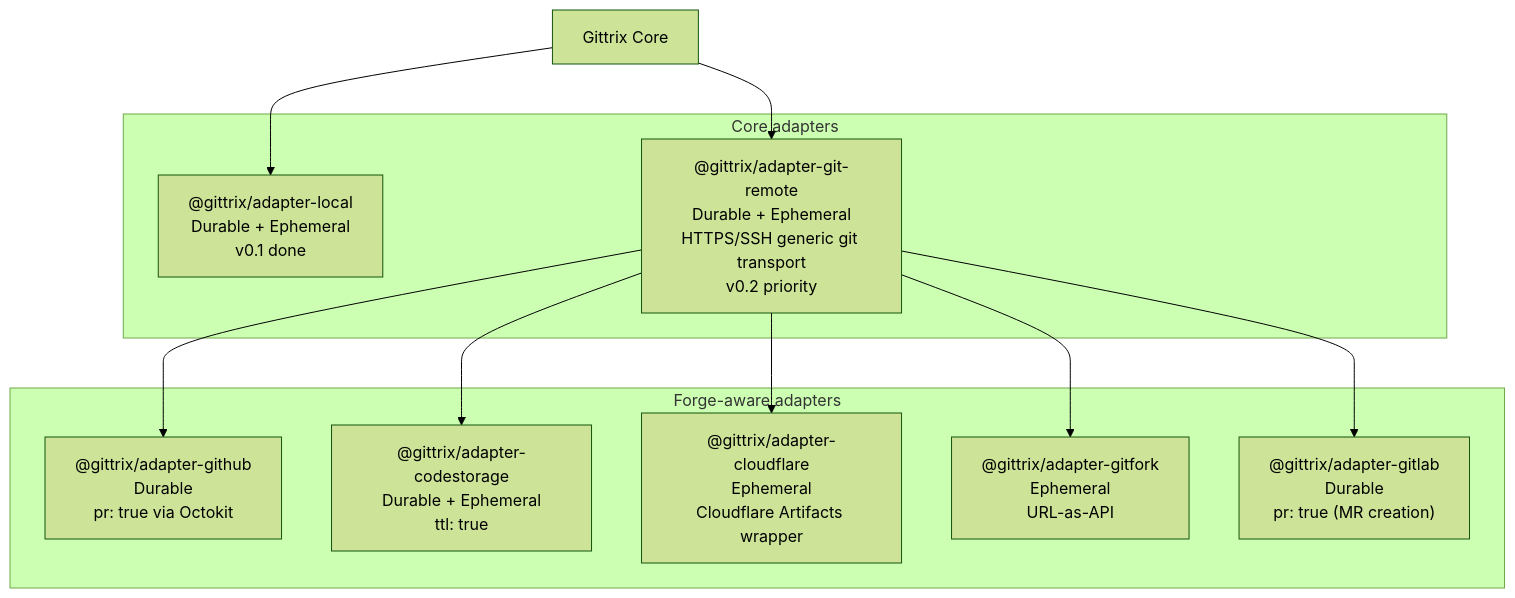
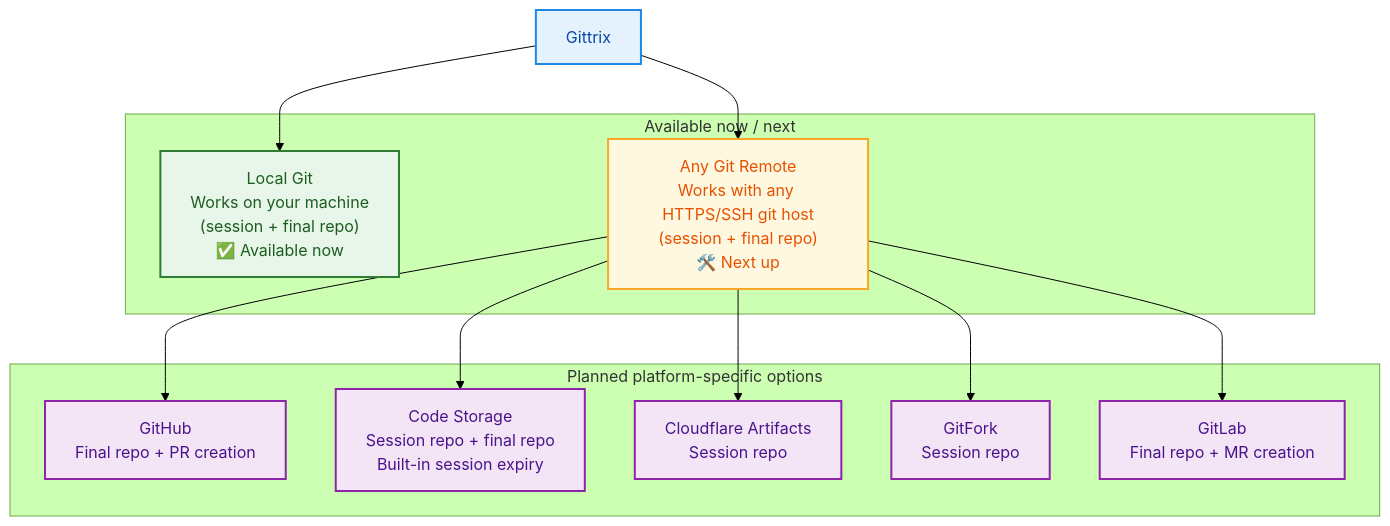
The first of 2 diagrams in README.md (cloudboy-jh/gittrix), drawn with Mermaid (forest theme) before and after one commit. The commit also changed other lines of this file, not shown here.

Commit message:
Improve README diagrams with color and plain language

````diff
--- a/README.md
+++ b/README.md
@@ -38,25 +38,35 @@
 ```mermaid
 flowchart TD
-  A["Gittrix Core"]
+  A["Gittrix"]
 
-  subgraph CoreAdapters[Core adapters]
-    L["@gittrix/adapter-local\nDurable + Ephemeral\nv0.1 done"]
-    R["@gittrix/adapter-git-remote\nDurable + Ephemeral\nHTTPS/SSH generic git transport\nv0.2 priority"]
+  subgraph CoreAdapters[Available now / next]
+    L["Local Git\nWorks on your machine\n(session + final repo)\n✅ Available now"]
+    R["Any Git Remote\nWorks with any HTTPS/SSH git host\n(session + final repo)\n🛠️ Next up"]
   end
 
-  subgraph ForgeAware[Forge-aware adapters]
-    GH["@gittrix/adapter-github\nDurable\npr: true via Octokit"]
-    CS["@gittrix/adapter-codestorage\nDurable + Ephemeral\nttl: true"]
-    CF["@gittrix/adapter-cloudflare\nEphemeral\nCloudflare Artifacts wrapper"]
-    GF["@gittrix/adapter-gitfork\nEphemeral\nURL-as-API"]
-    GL["@gittrix/adapter-gitlab\nDurable\npr: true (MR creation)"]
+  subgraph ForgeAware[Planned platform-specific options]
+    GH["GitHub\nFinal repo + PR creation"]
+    CS["Code Storage\nSession repo + final repo\nBuilt-in session expiry"]
+    CF["Cloudflare Artifacts\nSession repo"]
+    GF["GitFork\nSession repo"]
+    GL["GitLab\nFinal repo + MR creation"]
   end
 
   A --> L
   A --> R
   R --> GH
   R --> CS
   R --> CF
   R --> GF
   R --> GL
+
+  classDef core fill:#E3F2FD,stroke:#1E88E5,color:#0D47A1,stroke-width:2px;
+  classDef available fill:#E8F5E9,stroke:#2E7D32,color:#1B5E20,stroke-width:2px;
+  classDef next fill:#FFF8E1,stroke:#F9A825,color:#E65100,stroke-width:2px;
+  classDef planned fill:#F3E5F5,stroke:#8E24AA,color:#4A148C,stroke-width:2px;
+
+  class A core;
+  class L available;
+  class R next;
+  class GH,CS,CF,GF,GL planned;
 ```
````
